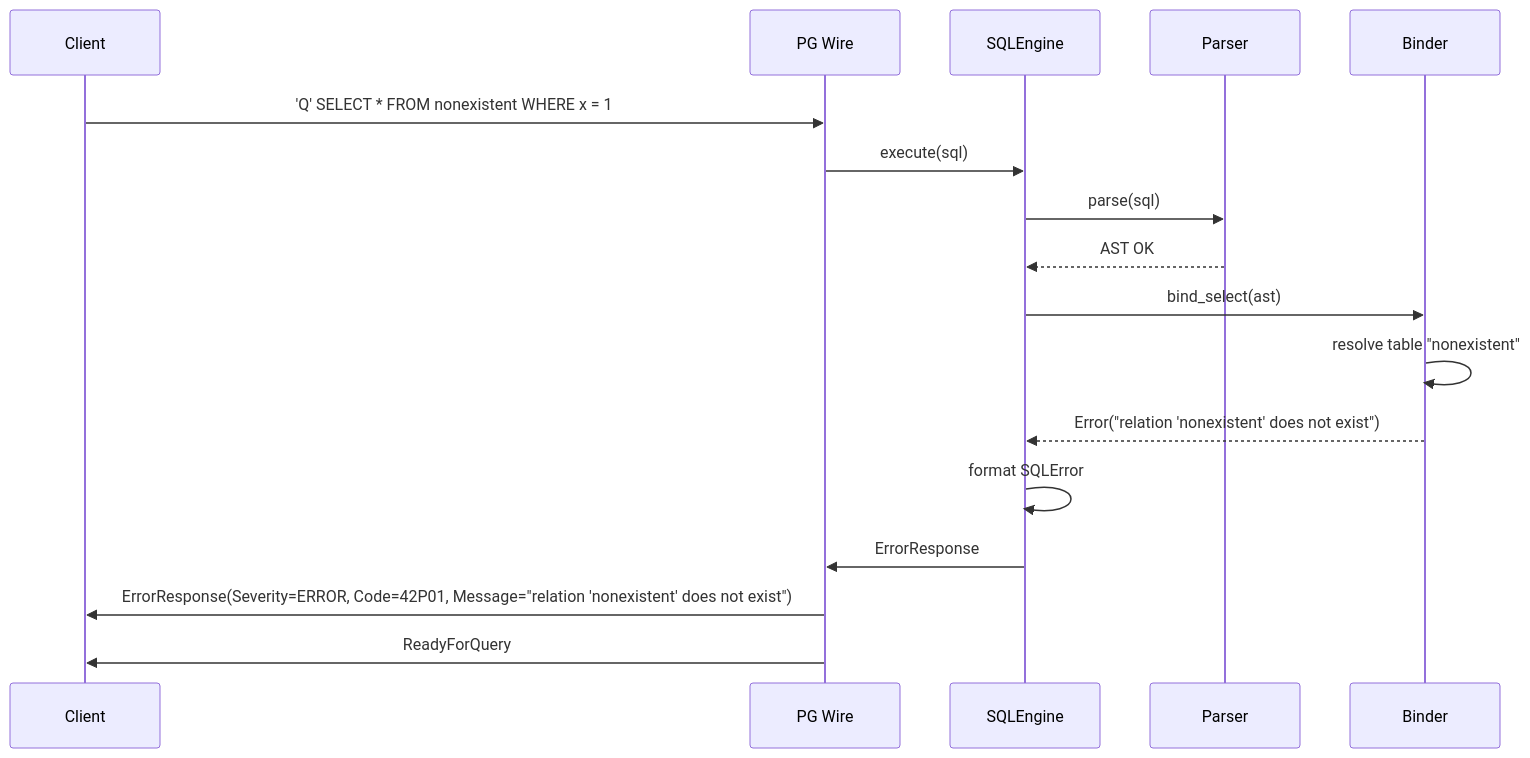
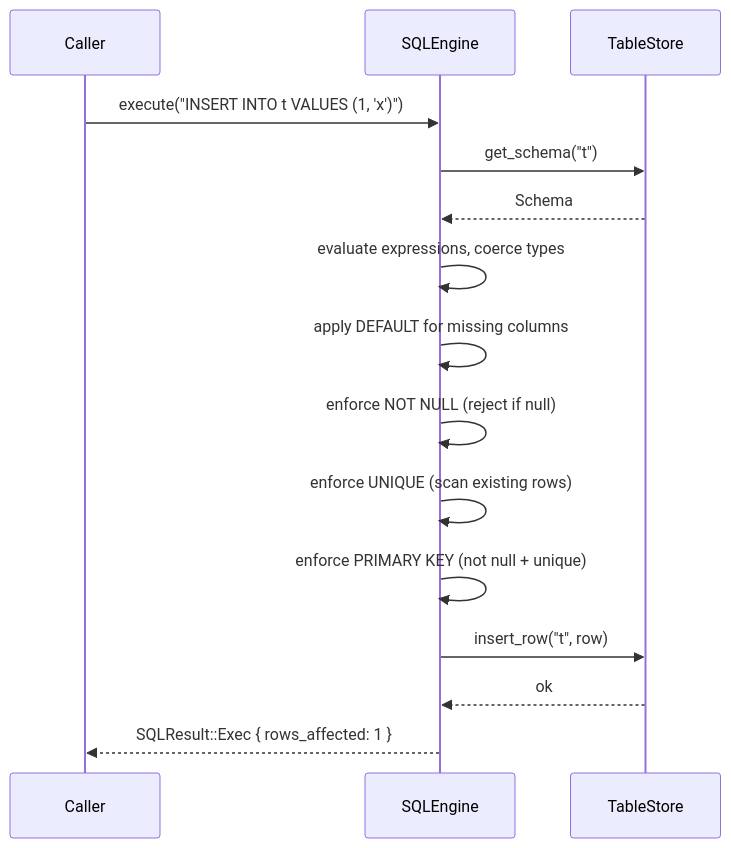
The sixth of 6 diagrams in docs/21-sql-layer.md (Icarus-afk/Nova-Runtime), drawn with Mermaid before and after one commit. The commit also changed other lines of this file and 7 other files, not shown here.

First line of the commit message:
Update architecture docs to match Phase 3 implementation

````diff
--- a/docs/21-sql-layer.md
+++ b/docs/21-sql-layer.md
@@ -1804,20 +1209,18 @@
 ```mermaid
 sequenceDiagram
-    participant C as Client
-    participant P as PG Wire
+    participant C as Caller
     participant S as SQLEngine
-    participant L as Parser
-    participant B as Binder
+    participant T as TableStore
 
-    C->>P: 'Q' SELECT * FROM nonexistent WHERE x = 1
-    P->>S: execute(sql)
-    S->>L: parse(sql)
-    L-->>S: AST OK
-    S->>B: bind_select(ast)
-    B->>B: resolve table "nonexistent"
-    B-->>S: Error("relation 'nonexistent' does not exist")
-    S->>S: format SQLError
-    S->>P: ErrorResponse
-    P->>C: ErrorResponse(Severity=ERROR, Code=42P01, Message="relation 'nonexistent' does not exist")
-    P->>C: ReadyForQuery
+    C->>S: execute("INSERT INTO t VALUES (1, 'x')")
+    S->>T: get_schema("t")
+    T-->>S: Schema
+    S->>S: evaluate expressions, coerce types
+    S->>S: apply DEFAULT for missing columns
+    S->>S: enforce NOT NULL (reject if null)
+    S->>S: enforce UNIQUE (scan existing rows)
+    S->>S: enforce PRIMARY KEY (not null + unique)
+    S->>T: insert_row("t", row)
+    T-->>S: ok
+    S-->>C: SQLResult::Exec { rows_affected: 1 }
 ```
````
